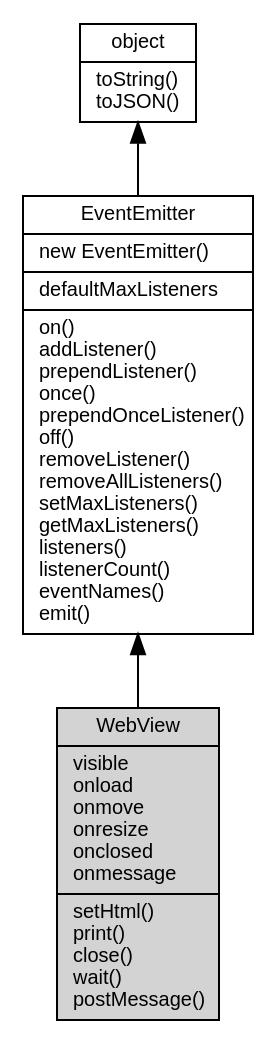
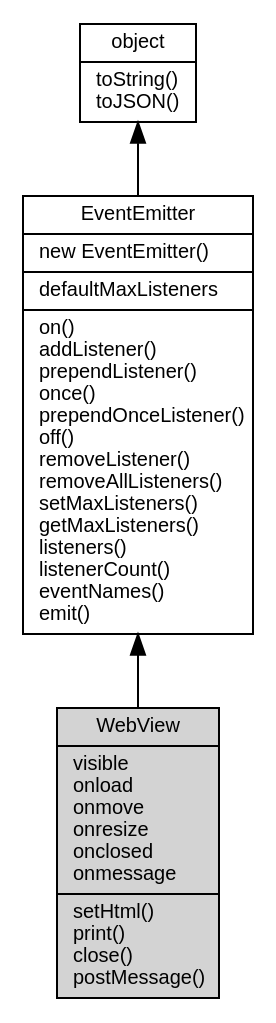
Before and after one commit to fibjs/fibjs.org: the diagram in docs/manual/object/ifs/WebView.md, drawn with Graphviz. The commit also changed other lines of this file and 229 other files, not shown here.

````diff
--- a/docs/manual/object/ifs/WebView.md
+++ b/docs/manual/object/ifs/WebView.md
@@ -55,12 +55,12 @@
 ```dot
 digraph {
     node [fontname="Helvetica,sans-Serif", fontsize=10, shape="record", style="filled", fillcolor="white"];
 
     object [tooltip="object", URL="object.md", label="{object|toString()\ltoJSON()\l}"];
     EventEmitter [tooltip="EventEmitter", URL="EventEmitter.md", label="{EventEmitter|new EventEmitter()\l|defaultMaxListeners\l|on()\laddListener()\lprependListener()\lonce()\lprependOnceListener()\loff()\lremoveListener()\lremoveAllListeners()\lsetMaxListeners()\lgetMaxListeners()\llisteners()\llistenerCount()\leventNames()\lemit()\l}"];
-    WebView [tooltip="WebView", fillcolor="lightgray", id="me", label="{WebView|visible\lonload\lonmove\lonresize\lonclosed\lonmessage\l|setHtml()\lprint()\lclose()\lwait()\lpostMessage()\l}"];
+    WebView [tooltip="WebView", fillcolor="lightgray", id="me", label="{WebView|visible\lonload\lonmove\lonresize\lonclosed\lonmessage\l|setHtml()\lprint()\lclose()\lpostMessage()\l}"];
 
     object -> EventEmitter [dir=back];
     EventEmitter -> WebView [dir=back];
 }
 ```
````
